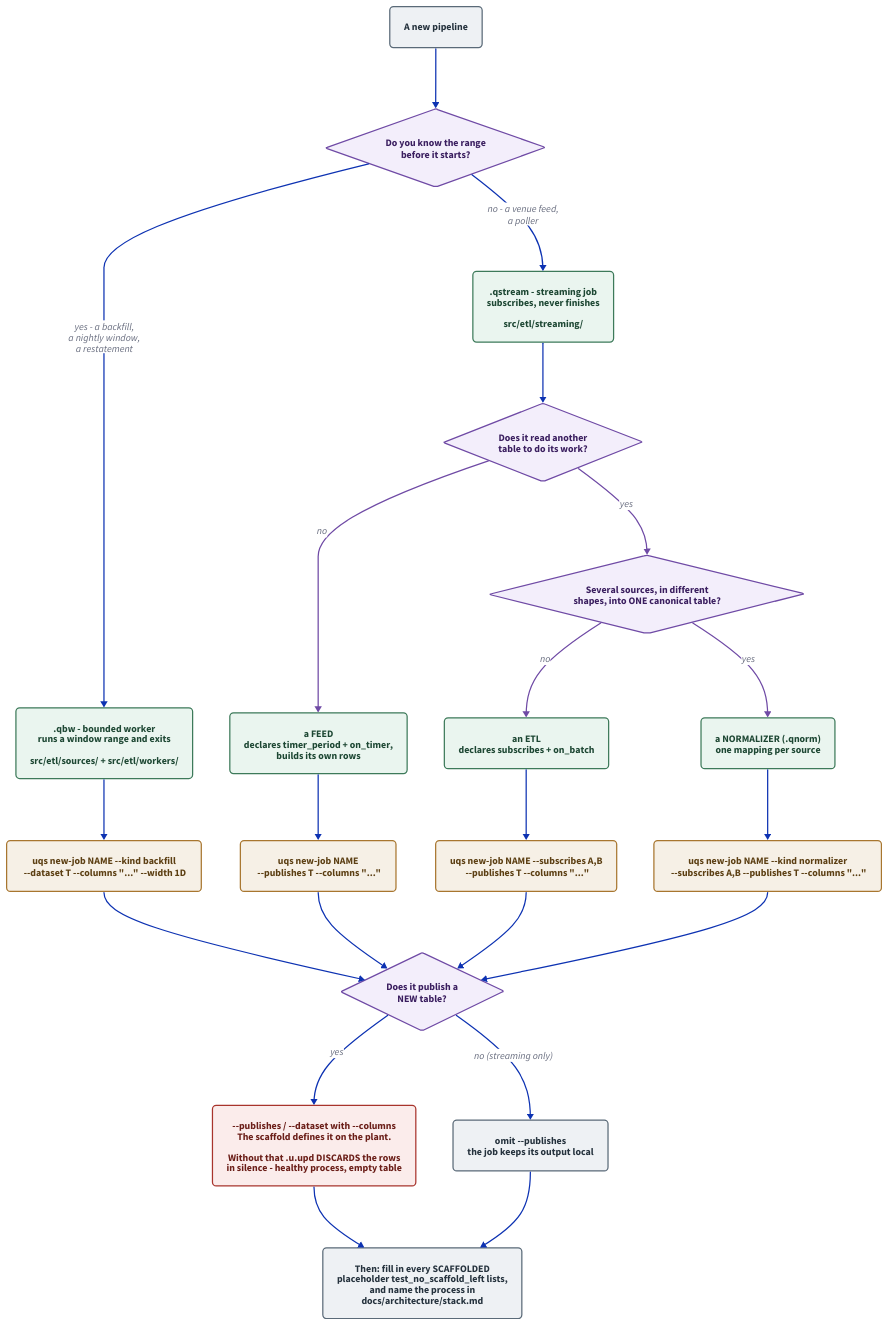
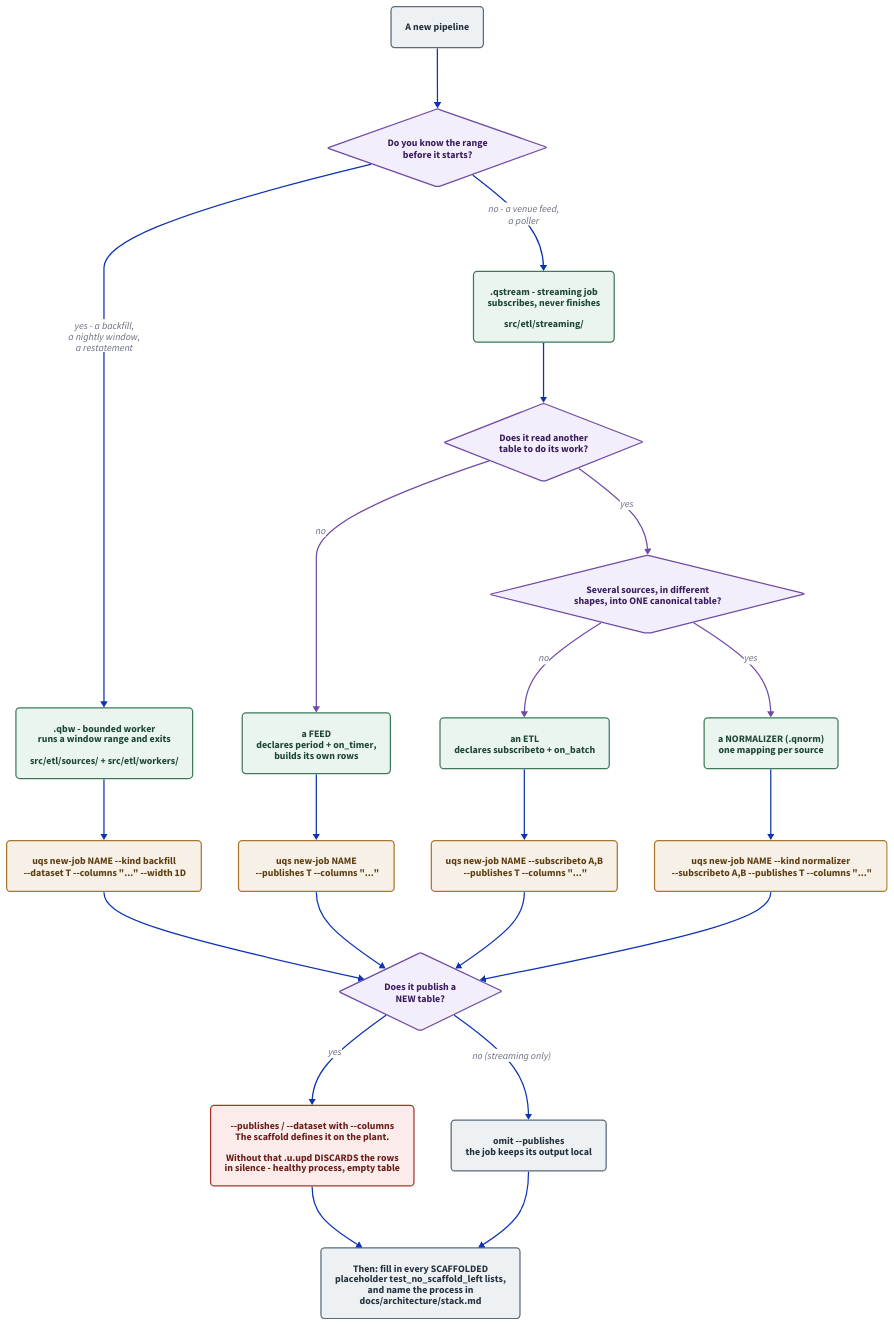
One commit to kwojdalski/uqf changed the diagram in docs/diagrams/pipeline-decision.d2. Above: the diagram before and after it, drawn with D2. The commit also changed 92 other files, not shown here.

```diff
--- a/docs/diagrams/pipeline-decision.d2
+++ b/docs/diagrams/pipeline-decision.d2
@@ -1,126 +1,126 @@
 # pipeline-decision.d2 - which pipeline shape to build, and the command that
 # scaffolds it.
 #
 # Rendered by scripts/generate/render_diagrams.py, which CI runs with
 # --check. Embedded from docs/guides/new-pipeline.md.
 #
 # THE DECISION THIS DRAWS is the first one, and the guide says it is "the only
 # structural mistake here that is expensive to undo": bounded or continuous.
 # Everything after it is a flag on one command. That asymmetry is the point of
 # the drawing - a reader who expects a long decision tree should be able to see
 # in one glance that there are four questions, not thirty, and that only the
 # first one is hard to change later.
 #
 # The kinds are DERIVED, not asked for: a streaming job that subscribes to
 # nothing is a feed, one that subscribes is an etl. scaffold/jobs.py comments
 # that there is no third answer the caller could give which the edges do not
 # already imply. A NORMALIZER is the one kind named outright (--kind
 # normalizer): its edges look like an etl's, and what differs is its purpose -
-# several differently-shaped tables in, one canonical shape out - so the diagram shows `--subscribes` deciding it rather than a
+# several differently-shaped tables in, one canonical shape out - so the diagram shows `--subscribeto` deciding it rather than a
 # `--kind feed` that does not exist.
 #
 # What is deliberately NOT here: the transform, the check, the io manager and
 # the partition. Those are declarations you write inside the file the scaffold
 # gives you, not choices about which file to make, and putting them on a
 # decision tree would say they are alternatives when they are ingredients.
 
 direction: down
 
 vars: {
   d2-config: {
     pad: 40
   }
 }
 
 classes: {
   question: {
     shape: diamond
     style: {
       fill: "#f3eefb"
       stroke: "#6f4aa5"
       font-color: "#3a1e5f"
     }
   }
   shell: {
     style: {
       fill: "#eaf5ef"
       stroke: "#3d7a5a"
       font-color: "#1d4733"
       border-radius: 6
     }
   }
   command: {
     style: {
       fill: "#f6f0e6"
       stroke: "#a8762f"
       font-color: "#5c3f13"
       border-radius: 6
     }
   }
   outcome: {
     style: {
       fill: "#eef1f4"
       stroke: "#5a6a78"
       font-color: "#25323d"
       border-radius: 6
     }
   }
   warn: {
     style: {
       fill: "#fbeceb"
       stroke: "#a8342c"
       font-color: "#6b1e18"
       border-radius: 6
     }
   }
 }
 
 start: "A new pipeline" { class: outcome }
 
 q1: "Do you know the range\nbefore it starts?" { class: question }
 
 bounded: ".qbw - bounded worker\nruns a window range and exits\n\nsrc/etl/sources/ + src/etl/workers/" { class: shell }
 cont: ".qstream - streaming job\nsubscribes, never finishes\n\nsrc/etl/streaming/" { class: shell }
 
 q2: "Does it read another\ntable to do its work?" { class: question }
-feed: "a FEED\ndeclares timer_period + on_timer,\nbuilds its own rows" { class: shell }
-etl: "an ETL\ndeclares subscribes + on_batch" { class: shell }
+feed: "a FEED\ndeclares period + on_timer,\nbuilds its own rows" { class: shell }
+etl: "an ETL\ndeclares subscribeto + on_batch" { class: shell }
 q2b: "Several sources, in different\nshapes, into ONE canonical table?" { class: question }
 normalizer: "a NORMALIZER (.qnorm)\none mapping per source" { class: shell }
-cmd_n: "uqs new-job NAME --kind normalizer\n  --subscribes A,B --publishes T --columns \"...\"" { class: command }
+cmd_n: "uqs new-job NAME --kind normalizer\n  --subscribeto A,B --publishes T --columns \"...\"" { class: command }
 
 cmd_b: "uqs new-job NAME --kind backfill\n  --dataset T --columns \"...\" --width 1D" { class: command }
 cmd_f: "uqs new-job NAME\n  --publishes T --columns \"...\"" { class: command }
-cmd_e: "uqs new-job NAME --subscribes A,B\n  --publishes T --columns \"...\"" { class: command }
+cmd_e: "uqs new-job NAME --subscribeto A,B\n  --publishes T --columns \"...\"" { class: command }
 
 q3: "Does it publish a\nNEW table?" { class: question }
 newtable: "--publishes / --dataset with --columns\nThe scaffold defines it on the plant.\n\nWithout that .u.upd DISCARDS the rows\nin silence - healthy process, empty table" { class: warn }
 localonly: "omit --publishes\nthe job keeps its output local" { class: outcome }
 
 done: "Then: fill in every SCAFFOLDED\nplaceholder test_no_scaffold_left lists,\nand name the process in\ndocs/architecture/stack.md" { class: outcome }
 
 start -> q1
 q1 -> bounded: "yes - a backfill,\na nightly window,\na restatement"
 q1 -> cont: "no - a venue feed,\na poller"
 
 cont -> q2
 q2 -> feed: "no" { style.stroke: "#6f4aa5" }
 q2 -> q2b: "yes" { style.stroke: "#6f4aa5" }
 q2b -> etl: "no" { style.stroke: "#6f4aa5" }
 q2b -> normalizer: "yes" { style.stroke: "#6f4aa5" }
 
 bounded -> cmd_b
 feed -> cmd_f
 etl -> cmd_e
 normalizer -> cmd_n
 
 cmd_b -> q3
 cmd_f -> q3
 cmd_e -> q3
 cmd_n -> q3
 
 q3 -> newtable: "yes"
 q3 -> localonly: "no (streaming only)"
 
 newtable -> done
 localonly -> done
```
